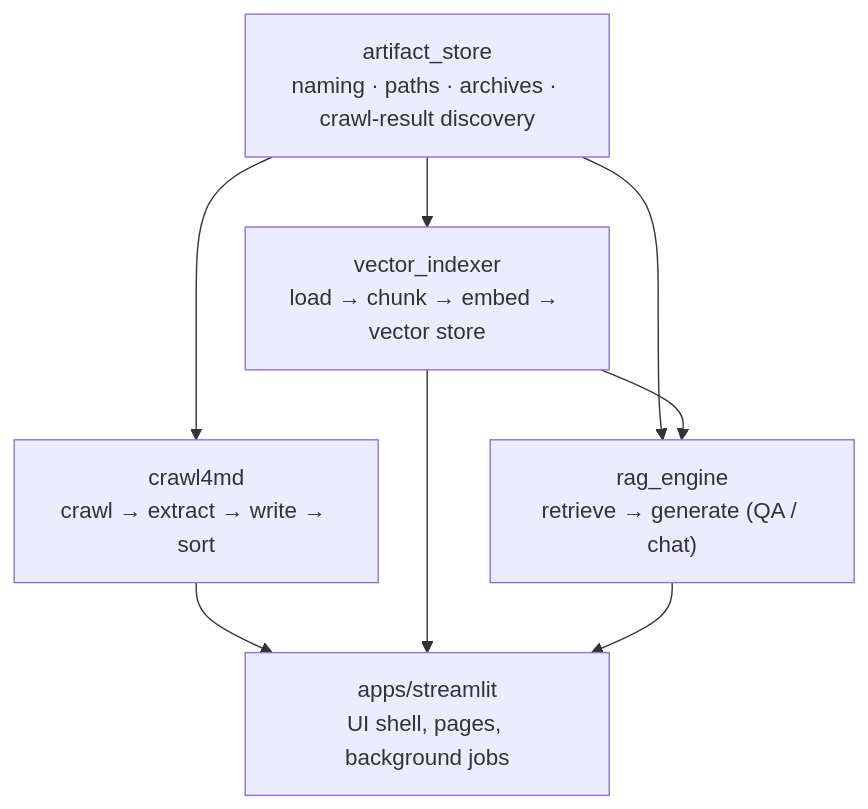
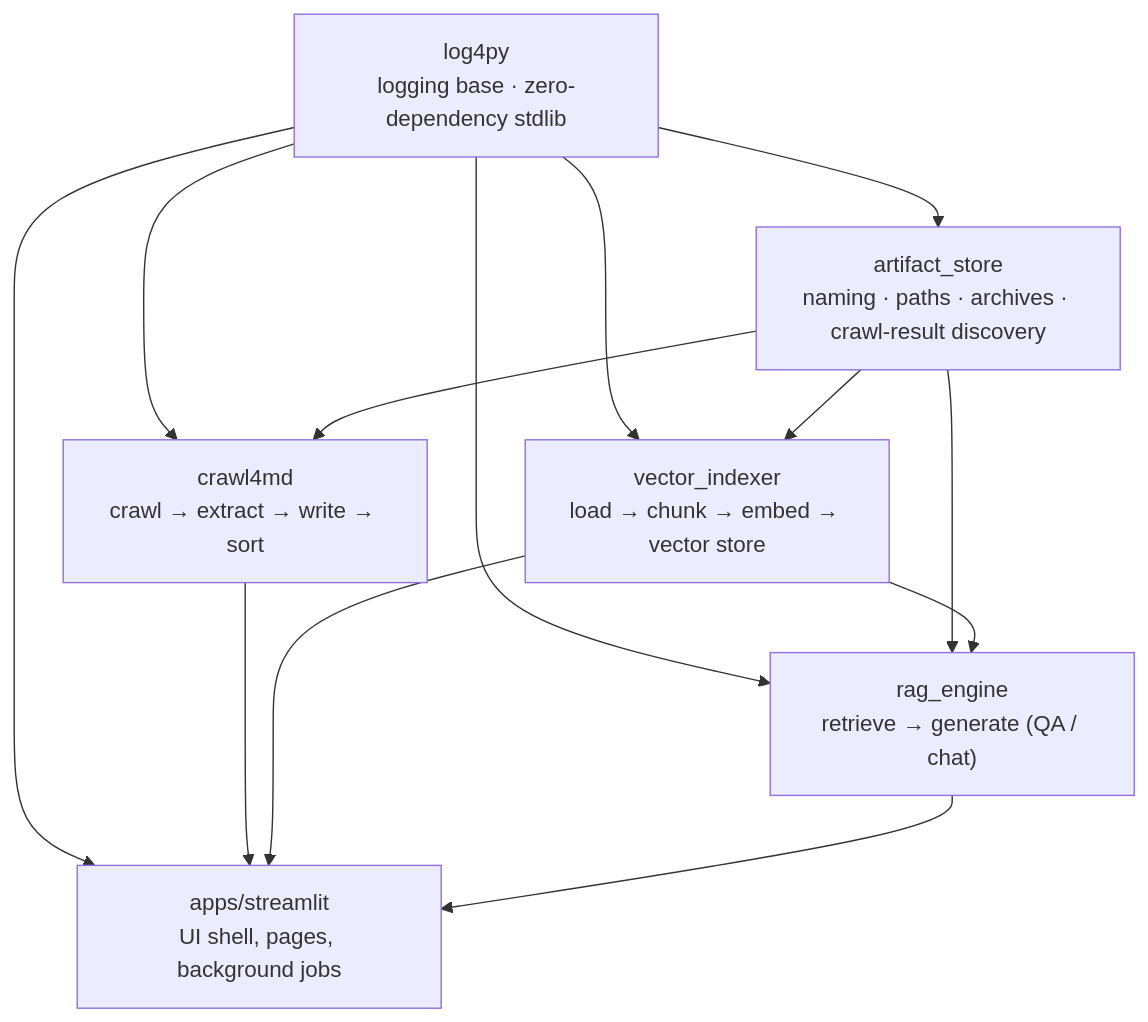
One commit to prakosd/rag-playground changed the first of 7 diagrams in docs/ARCHITECTURE.md. Above: the diagram before and after it, drawn with Mermaid. The commit also changed other lines of this file and 46 other files, not shown here.

First line of the commit message:
Refactor logging infrastructure with log4py

````diff
--- a/docs/ARCHITECTURE.md
+++ b/docs/ARCHITECTURE.md
@@ -11,15 +12,21 @@
 ```mermaid
 flowchart TD
+  Log4py["log4py<br/>logging base · zero-dependency stdlib"]
   ArtifactStore["artifact_store<br/>naming · paths · archives · crawl-result discovery"]
   Crawl4md["crawl4md<br/>crawl → extract → write → sort"]
   VectorIndexer["vector_indexer<br/>load → chunk → embed → vector store"]
   RagEngine["rag_engine<br/>retrieve → generate (QA / chat)"]
   App["apps/streamlit<br/>UI shell, pages, background jobs"]
+  Log4py --> ArtifactStore
+  Log4py --> Crawl4md
+  Log4py --> VectorIndexer
+  Log4py --> RagEngine
+  Log4py --> App
   ArtifactStore --> Crawl4md
   ArtifactStore --> VectorIndexer
   ArtifactStore --> RagEngine
   VectorIndexer --> RagEngine
   Crawl4md --> App
   VectorIndexer --> App
   RagEngine --> App
 ```
````
